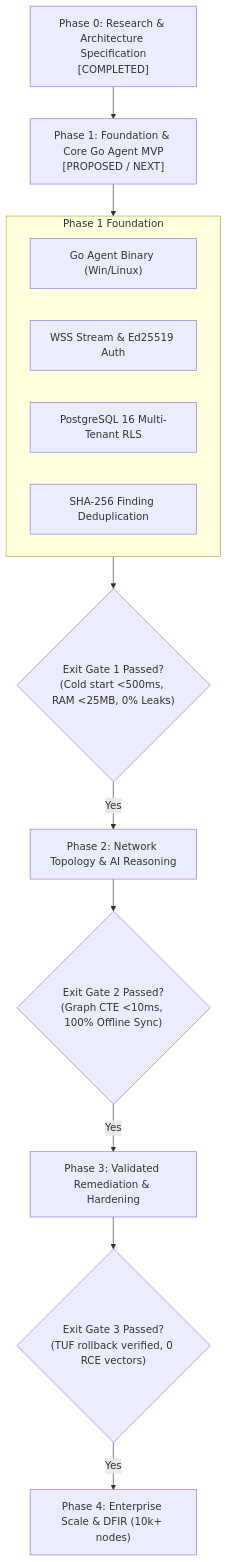
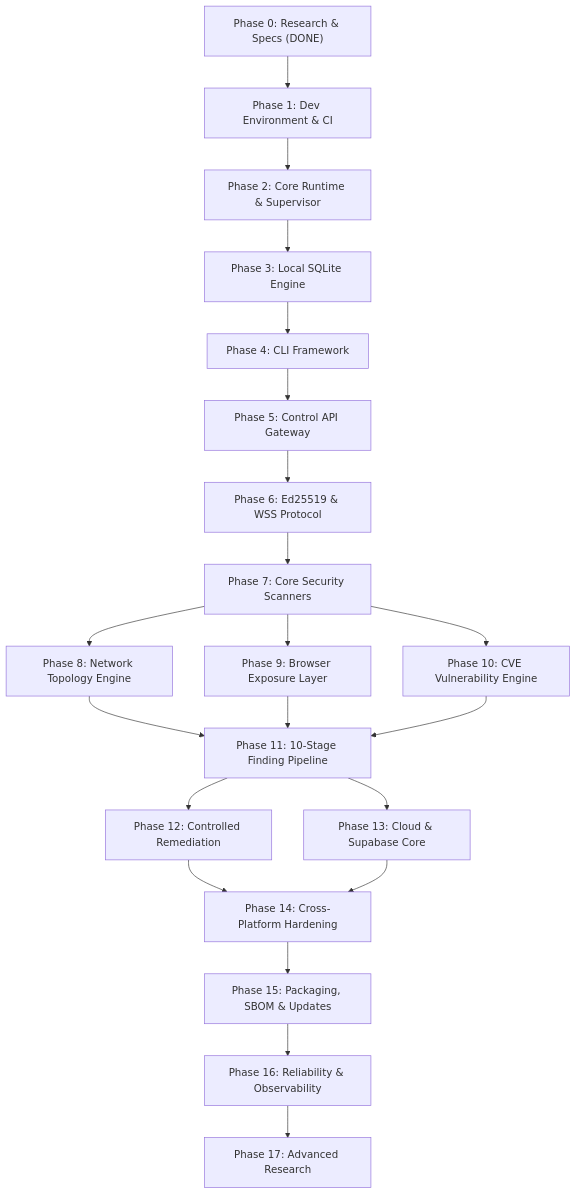
Before and after one commit to Subhadip-Paul2006/NETRA-Backend: the second of 2 diagrams in docs/PHASES.md, drawn with Mermaid. The commit also changed other lines of this file and 15 other files, not shown here.

Commit message:
docs: establish authoritative open-source academic architecture & technical specification suite

````diff
--- a/docs/PHASES.md
+++ b/docs/PHASES.md
@@ -49,22 +83,24 @@
 ```mermaid
 flowchart TD
-    P0["Phase 0: Research & Architecture Specification<br/>[COMPLETED]"] --> P1["Phase 1: Foundation & Core Go Agent MVP<br/>[PROPOSED / NEXT]"]
+    P0["Phase 0: Research & Specs (DONE)"] --> P1["Phase 1: Dev Environment & CI"]
+    P1 --> P2["Phase 2: Core Runtime & Supervisor"]
+    P2 --> P3["Phase 3: Local SQLite Engine"]
+    P3 --> P4["Phase 4: CLI Framework"]
     
-    subgraph Phase1Scope["Phase 1 Foundation"]
-        A1["Go Agent Binary (Win/Linux)"]
-        A2["WSS Stream & Ed25519 Auth"]
-        A3["PostgreSQL 16 Multi-Tenant RLS"]
-        A4["SHA-256 Finding Deduplication"]
-    end
+    P4 --> P5["Phase 5: Control API Gateway"]
+    P5 --> P6["Phase 6: Ed25519 & WSS Protocol"]
     
-    P1 --> Phase1Scope
-    Phase1Scope --> G1{"Exit Gate 1 Passed?<br/>(Cold start <500ms, RAM <25MB, 0% Leaks)"}
+    P6 --> P7["Phase 7: Core Security Scanners"]
+    P7 --> P8["Phase 8: Network Topology Engine"]
+    P7 --> P9["Phase 9: Browser Exposure Layer"]
+    P7 --> P10["Phase 10: CVE Vulnerability Engine"]
     
-    G1 -- Yes --> P2["Phase 2: Network Topology & AI Reasoning"]
-    P2 --> G2{"Exit Gate 2 Passed?<br/>(Graph CTE <10ms, 100% Offline Sync)"}
+    P8 & P9 & P10 --> P11["Phase 11: 10-Stage Finding Pipeline"]
+    P11 --> P12["Phase 12: Controlled Remediation"]
+    P11 --> P13["Phase 13: Cloud & Supabase Core"]
     
-    G2 -- Yes --> P3["Phase 3: Validated Remediation & Hardening"]
-    P3 --> G3{"Exit Gate 3 Passed?<br/>(TUF rollback verified, 0 RCE vectors)"}
-    
-    G3 -- Yes --> P4["Phase 4: Enterprise Scale & DFIR (10k+ nodes)"]
+    P12 & P13 --> P14["Phase 14: Cross-Platform Hardening"]
+    P14 --> P15["Phase 15: Packaging, SBOM & Updates"]
+    P15 --> P16["Phase 16: Reliability & Observability"]
+    P16 --> P17["Phase 17: Advanced Research"]
 ```
````
